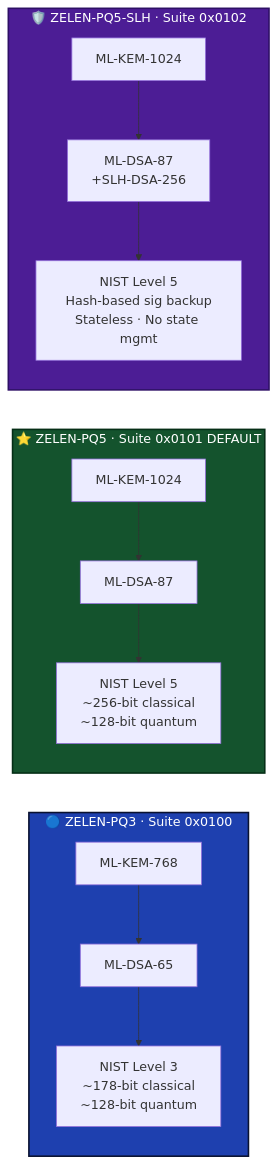
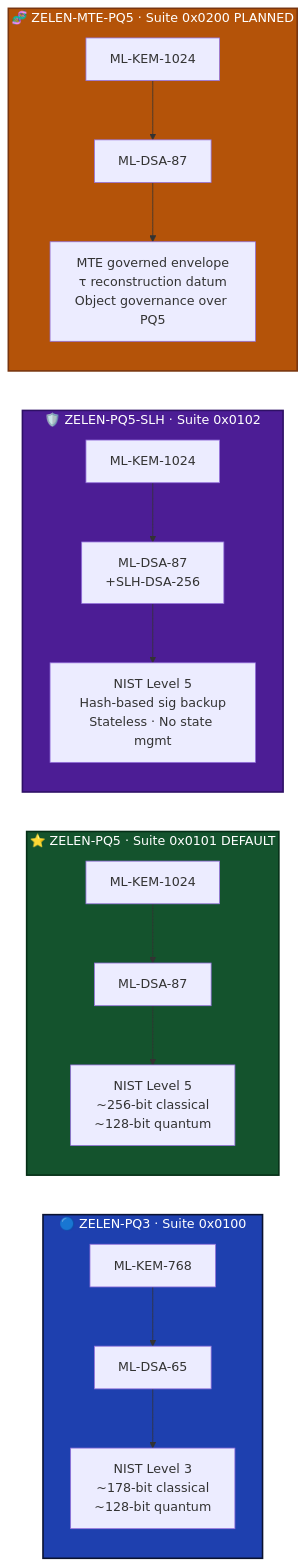
Diagram 22 of 25 in README.md (rocheston/zelen), drawn with Mermaid before and after one commit. The commit also changed other lines of this file, not shown here.

````diff
--- a/README.md
+++ b/README.md
@@ -1346,22 +1648,28 @@
 ```mermaid
 graph LR
     subgraph PQ3["🔵 ZELEN-PQ3 · Suite 0x0100"]
         A1["ML-KEM-768"] --> A2["ML-DSA-65"]
         A2 --> A3["NIST Level 3<br/>~178-bit classical<br/>~128-bit quantum"]
     end
     subgraph PQ5["⭐ ZELEN-PQ5 · Suite 0x0101  DEFAULT"]
         B1["ML-KEM-1024"] --> B2["ML-DSA-87"]
         B2 --> B3["NIST Level 5<br/>~256-bit classical<br/>~128-bit quantum"]
     end
     subgraph SLH["🛡️ ZELEN-PQ5-SLH · Suite 0x0102"]
         C1["ML-KEM-1024"] --> C2["ML-DSA-87<br/>+SLH-DSA-256"]
         C2 --> C3["NIST Level 5<br/>Hash-based sig backup<br/>Stateless · No state mgmt"]
     end
+    subgraph MTE["🧬 ZELEN-MTE-PQ5 · Suite 0x0200  PLANNED"]
+        D1["ML-KEM-1024"] --> D2["ML-DSA-87"]
+        D2 --> D3["MTE governed envelope<br/>τ reconstruction datum<br/>Object governance over PQ5"]
+    end
 
     classDef blue   fill:#1e40af,color:#fff,stroke:#0a1230,stroke-width:2px
     classDef green  fill:#14532d,color:#fff,stroke:#052e16,stroke-width:2px
     classDef violet fill:#4c1d95,color:#fff,stroke:#2e1065,stroke-width:2px
+    classDef gold   fill:#b45309,color:#fff,stroke:#78350f,stroke-width:2px
     class PQ3 blue
     class PQ5 green
     class SLH violet
+    class MTE gold
 ```
````
